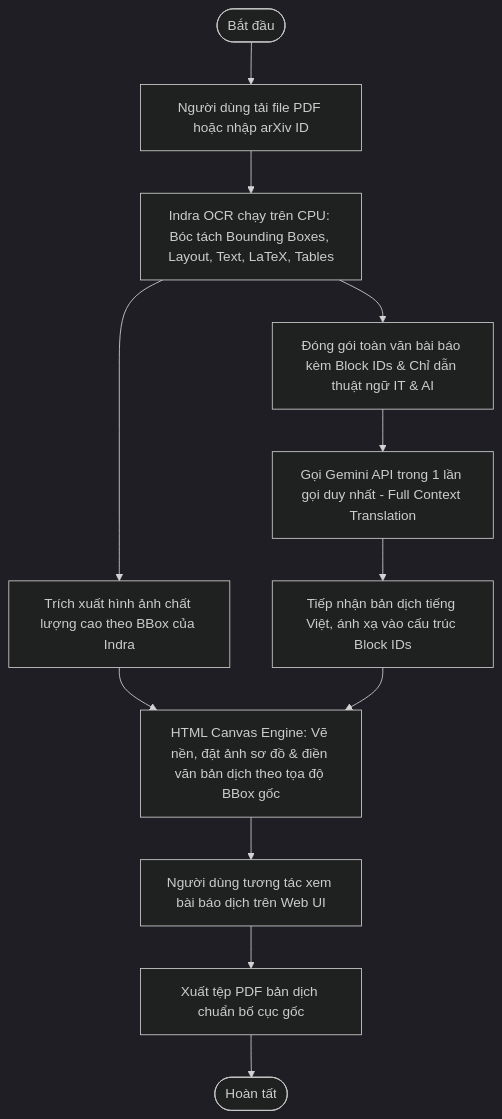
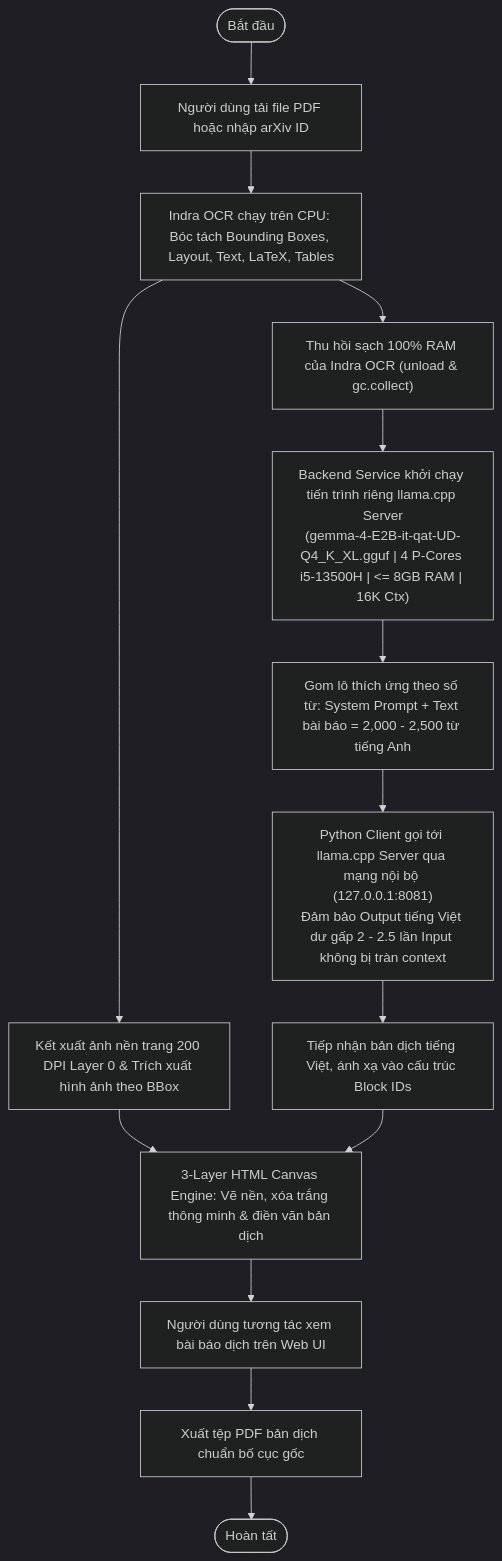
One commit to phamvantienkiz/paper-translation changed the second of 2 diagrams in docs/architecture/01-system-context.md. Above: the diagram before and after it, drawn with Mermaid (dark theme). The commit also changed other lines of this file and 26 other files, not shown here.

Commit message:
feat(llm): implement standalone llama.cpp server v3.3 and verify e2e cvpr pipeline

````diff
--- a/docs/architecture/01-system-context.md
+++ b/docs/architecture/01-system-context.md
@@ -81,14 +90,16 @@
 ```mermaid
 flowchart TD
     Start([Bắt đầu]) --> Upload[Người dùng tải file PDF hoặc nhập arXiv ID]
     Upload --> RunIndra[Indra OCR chạy trên CPU: Bóc tách Bounding Boxes, Layout, Text, LaTeX, Tables]
-    RunIndra --> CropImages[Trích xuất hình ảnh chất lượng cao theo BBox của Indra]
-    RunIndra --> PackPrompt[Đóng gói toàn văn bài báo kèm Block IDs & Chỉ dẫn thuật ngữ IT & AI]
-    PackPrompt --> CallGemini[Gọi Gemini API trong 1 lần gọi duy nhất - Full Context Translation]
-    CallGemini --> ParseTranslation[Tiếp nhận bản dịch tiếng Việt, ánh xạ vào cấu trúc Block IDs]
-    CropImages --> RenderCanvas[HTML Canvas Engine: Vẽ nền, đặt ảnh sơ đồ & điền văn bản dịch theo tọa độ BBox gốc]
+    RunIndra --> CropImages[Kết xuất ảnh nền trang 200 DPI Layer 0 & Trích xuất hình ảnh theo BBox]
+    RunIndra --> ReclaimOCR["Thu hồi sạch 100% RAM của Indra OCR (unload & gc.collect)"]
+    ReclaimOCR --> StartLlamaSrv["Backend Service khởi chạy tiến trình riêng llama.cpp Server<br>(gemma-4-E2B-it-qat-UD-Q4_K_XL.gguf | 4 P-Cores i5-13500H | <= 8GB RAM | 16K Ctx)"]
+    StartLlamaSrv --> PackWordBatch["Gom lô thích ứng theo số từ: System Prompt + Text bài báo = 2,000 - 2,500 từ tiếng Anh"]
+    PackWordBatch --> CallLocalClient["Python Client gọi tới llama.cpp Server qua mạng nội bộ (127.0.0.1:8081)<br>Đảm bảo Output tiếng Việt dư gấp 2 - 2.5 lần Input không bị tràn context"]
+    CallLocalClient --> ParseTranslation[Tiếp nhận bản dịch tiếng Việt, ánh xạ vào cấu trúc Block IDs]
+    CropImages --> RenderCanvas[3-Layer HTML Canvas Engine: Vẽ nền, xóa trắng thông minh & điền văn bản dịch]
     ParseTranslation --> RenderCanvas
     RenderCanvas --> WebViewer[Người dùng tương tác xem bài báo dịch trên Web UI]
     WebViewer --> ExportPDF[Xuất tệp PDF bản dịch chuẩn bố cục gốc]
     ExportPDF --> End([Hoàn tất])
 ```
````
